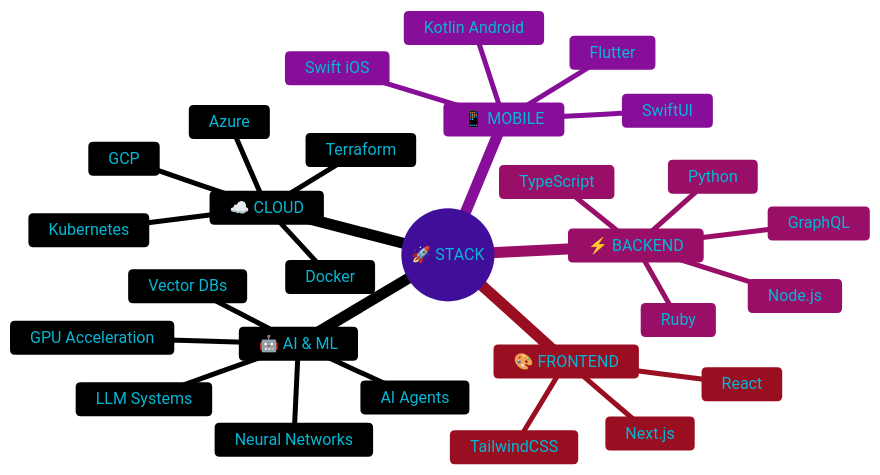
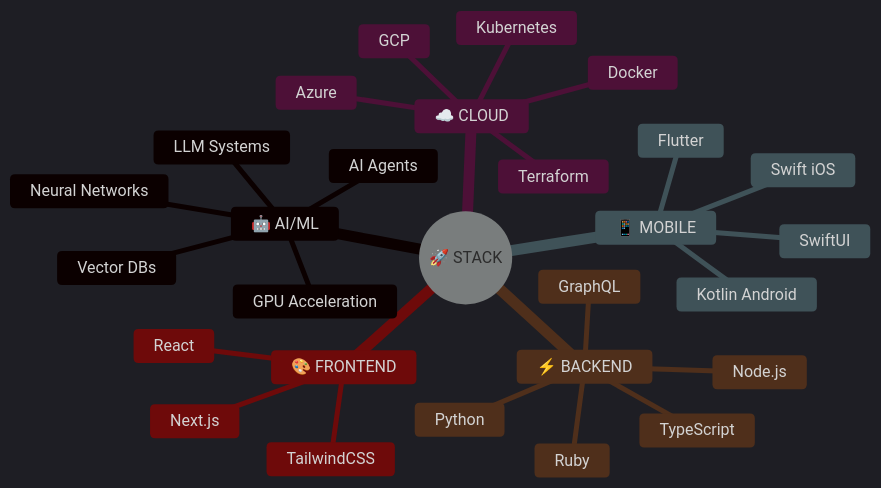
One commit to yash1511-bogam/yash1511-bogam changed the first of 3 diagrams in README.md. Above: the diagram before and after it, drawn with Mermaid. The commit also changed other lines of this file, not shown here.

Commit message:
White text, dark theme mermaid, clean contrast

````diff
--- a/README.md
+++ b/README.md
@@ -24,32 +24,32 @@
 ```mermaid
-%%{init: {'theme': 'base', 'themeVariables': { 'primaryColor': '#7c3aed', 'primaryTextColor': '#06b6d4', 'primaryBorderColor': '#ec4899', 'lineColor': '#06b6d4', 'secondaryColor': '#1a1a2e', 'tertiaryColor': '#0f0f0f', 'background': '#0f0f0f', 'mainBkg': '#0f0f0f', 'nodeBorder': '#ec4899', 'clusterBkg': '#1a1a2e', 'titleColor': '#ffffff', 'nodeTextColor': '#ffffff'}}}%%
+%%{init: {'theme': 'dark'}}%%
 mindmap
   root((🚀 STACK))
-    🤖 AI & ML
+    🤖 AI/ML
       GPU Acceleration
       LLM Systems
       Neural Networks
       AI Agents
       Vector DBs
     ☁️ CLOUD
       GCP
       Azure
       Kubernetes
       Docker
       Terraform
     📱 MOBILE
       Swift iOS
       Kotlin Android
       Flutter
       SwiftUI
     ⚡ BACKEND
       TypeScript
       Python
       Ruby
       Node.js
       GraphQL
     🎨 FRONTEND
       React
       Next.js
       TailwindCSS
 ```
````
